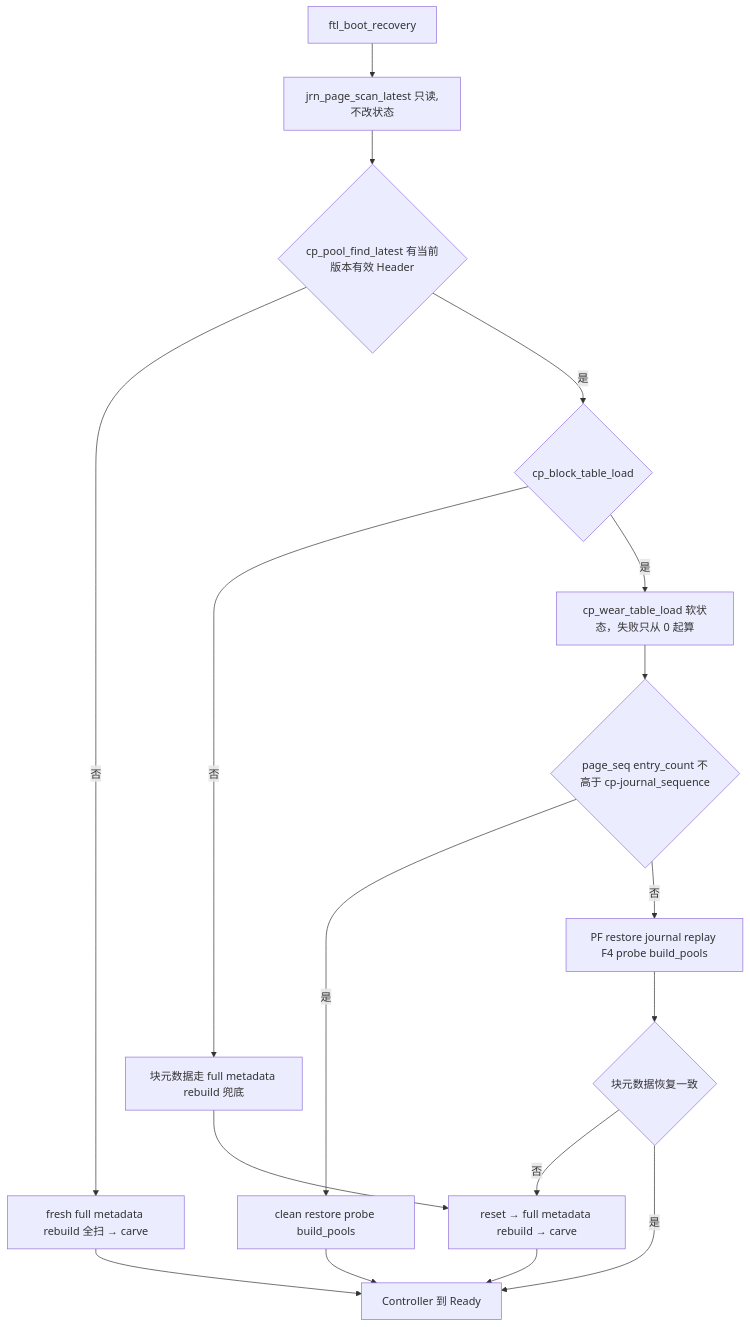
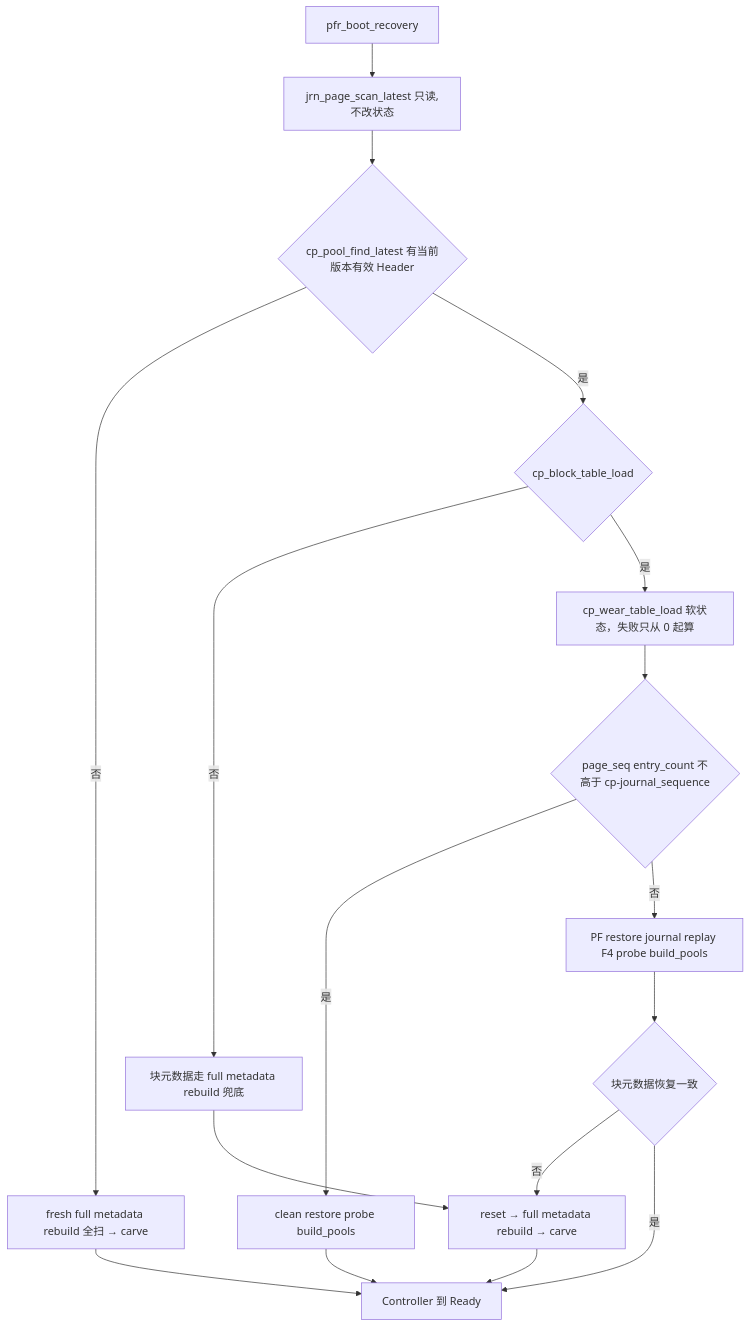
Before and after one commit to YzYMIAO/BASESSD: the sixth of 32 diagrams in docs/design/ftl_design.md, drawn with Mermaid. The commit also changed other lines of this file and 14 other files, not shown here.

First line of the commit message:
refactor(ftl): power_failure_recovery 收口 + 修组槽满错误路径

````diff
--- a/docs/design/ftl_design.md
+++ b/docs/design/ftl_design.md
@@ -1156,19 +1156,19 @@
 ```mermaid
 flowchart TD
-    BOOT["ftl_boot_recovery"] --> LATEST["jrn_page_scan_latest 只读,不改状态"]
+    BOOT["pfr_boot_recovery"] --> LATEST["jrn_page_scan_latest 只读,不改状态"]
     LATEST --> FIND{"cp_pool_find_latest 有当前版本有效 Header"}
     FIND -- "否" --> FRESH["fresh full metadata rebuild 全扫 → carve"]
     FIND -- "是" --> LOAD{"cp_block_table_load"}
     LOAD -- "否" --> PFALL["块元数据走 full metadata rebuild 兜底"]
     LOAD -- "是" --> WEAR["cp_wear_table_load 软状态，失败只从 0 起算"]
     WEAR --> JUDGE{"page_seq entry_count 不高于 cp-journal_sequence"}
     JUDGE -- "是" --> CLEAN["clean restore probe build_pools"]
     JUDGE -- "否" --> PF["PF restore journal replay F4 probe build_pools"]
     PFALL --> FULL_SCAN["reset → full metadata rebuild → carve"]
     PF --> PFOk{"块元数据恢复一致"}
     PFOk -- "否" --> FULL_SCAN
     PFOk -- "是" --> READY["Controller 到 Ready"]
     CLEAN --> READY
     FRESH --> READY
     FULL_SCAN --> READY
 ```
````
